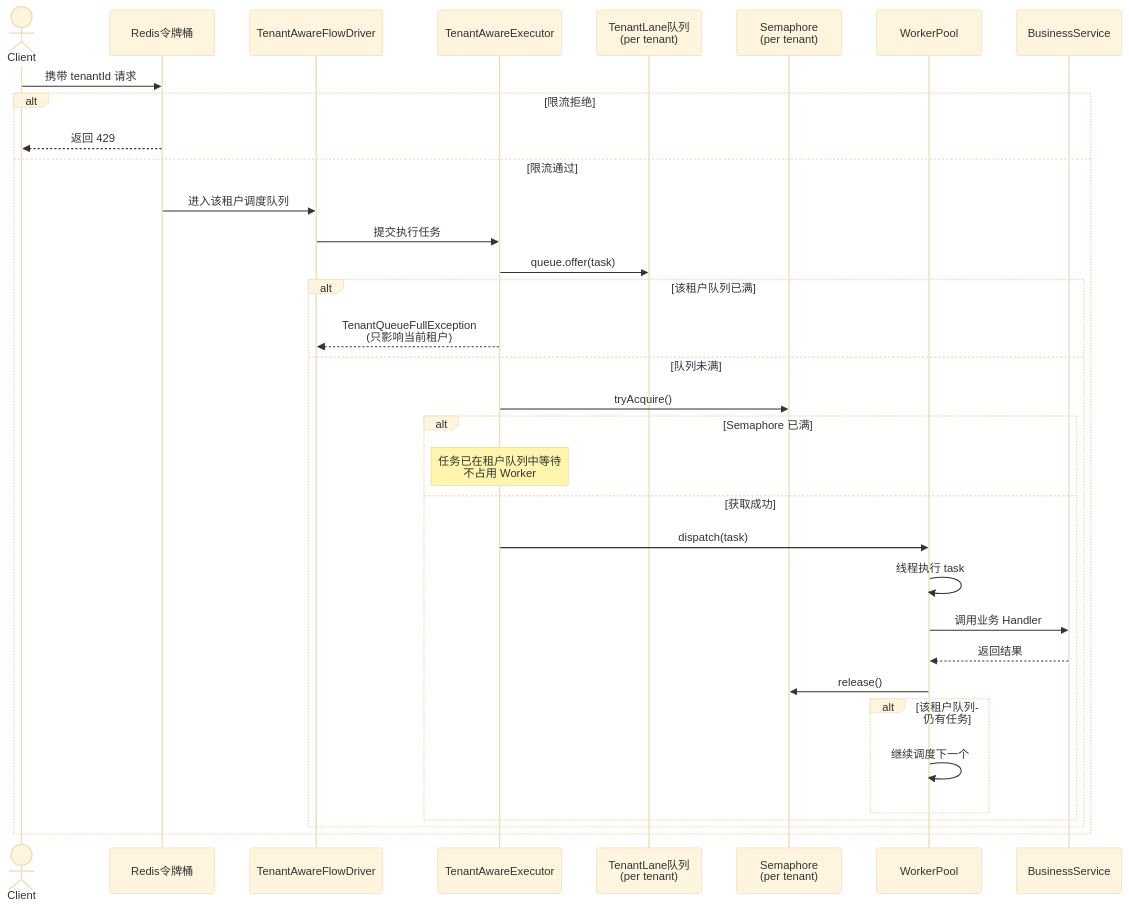
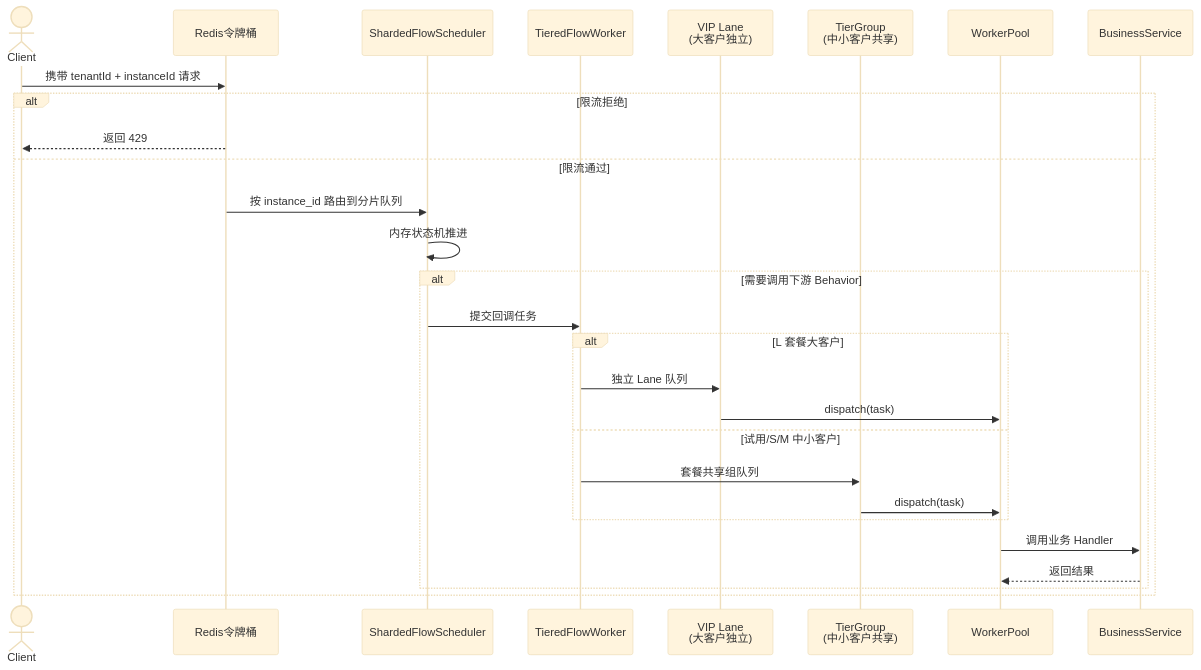
One commit to cccvip/rag changed the diagram in 流程引擎_多租户隔离_方案_v2.md. Above: the diagram before and after it, drawn with Mermaid (base theme). The commit also changed other lines of this file and 3 other files, not shown here.

````diff
--- a/流程引擎_多租户隔离_方案_v2.md
+++ b/流程引擎_多租户隔离_方案_v2.md
@@ -414,40 +883,32 @@
 ```mermaid
 sequenceDiagram
     actor C as Client
     participant R as Redis令牌桶
-    participant D as TenantAwareFlowDriver
-    participant E as TenantAwareExecutor
-    participant Q as TenantLane队列<br/>(per tenant)
-    participant S as Semaphore<br/>(per tenant)
+    participant D as ShardedFlowScheduler
+    participant E as TieredFlowWorker
+    participant V as VIP Lane<br/>(大客户独立)
+    participant G as TierGroup<br/>(中小客户共享)
     participant W as WorkerPool
     participant B as BusinessService
 
-    C->>R: 携带 tenantId 请求
+    C->>R: 携带 tenantId + instanceId 请求
     alt 限流拒绝
         R-->>C: 返回 429
     else 限流通过
-        R->>D: 进入该租户调度队列
-        D->>E: 提交执行任务
+        R->>D: 按 instance_id 路由到分片队列
+        D->>D: 内存状态机推进
 
-        E->>Q: queue.offer(task)
-        alt 该租户队列已满
-            E-->>D: TenantQueueFullException<br/>(只影响当前租户)
-        else 队列未满
-            E->>S: tryAcquire()
-
-            alt Semaphore 已满
-                Note over E: 任务已在租户队列中等待<br/>不占用 Worker
-            else 获取成功
-                E->>W: dispatch(task)
-                W->>W: 线程执行 task
-                W->>B: 调用业务 Handler
-                B-->>W: 返回结果
-                W->>S: release()
-
-                alt 该租户队列仍有任务
-                    W->>W: 继续调度下一个
-                end
+        alt 需要调用下游 Behavior
+            D->>E: 提交回调任务
+            alt L 套餐大客户
+                E->>V: 独立 Lane 队列
+                V->>W: dispatch(task)
+            else 试用/S/M 中小客户
+                E->>G: 套餐共享组队列
+                G->>W: dispatch(task)
             end
+            W->>B: 调用业务 Handler
+            B-->>W: 返回结果
         end
     end
 ```
````
